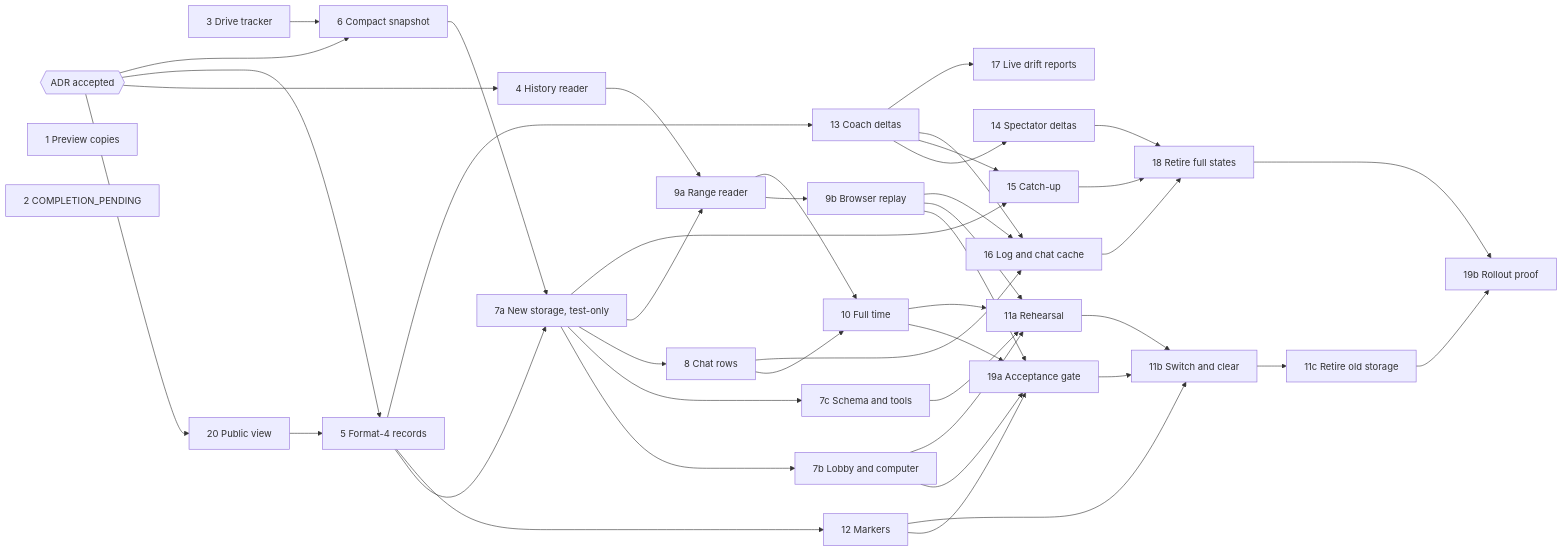
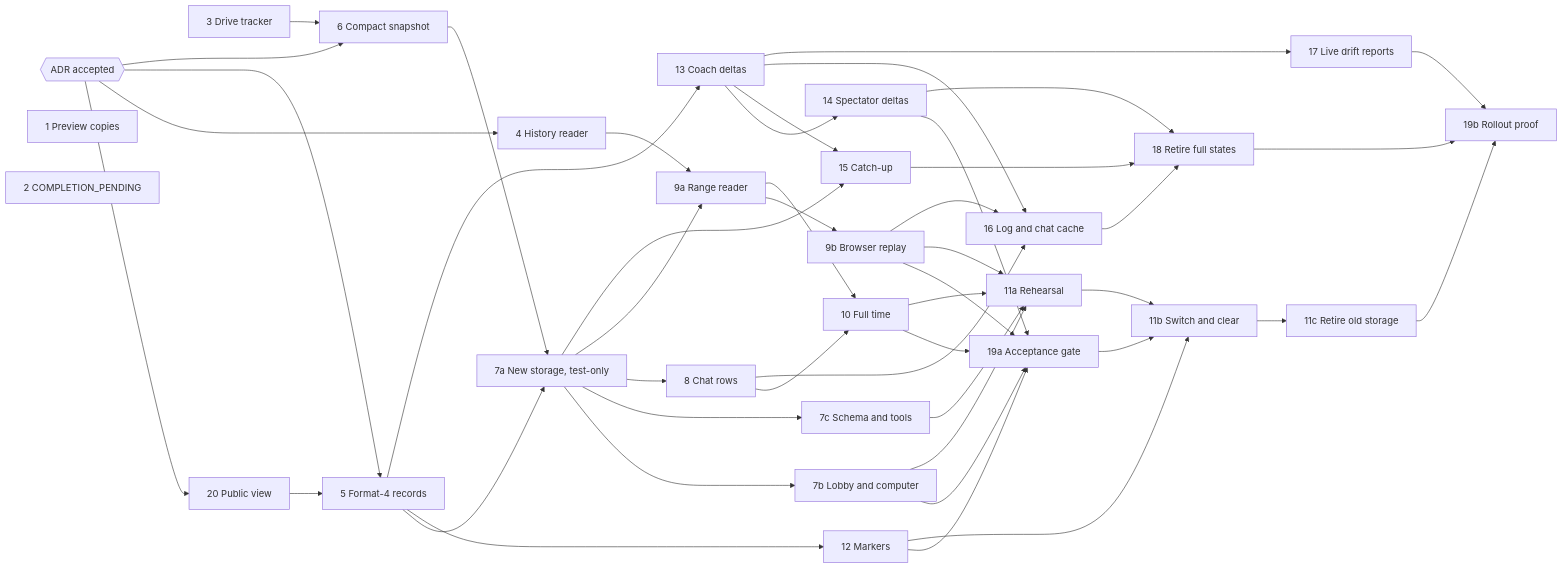
The diagram in docs/specs/match-state-sync-tickets.md (the-grognard-codes/moles-under-the-pitch), drawn with Mermaid before and after one commit. The commit also changed other lines of this file and 2 other files, not shown here.

````diff
--- a/docs/specs/match-state-sync-tickets.md
+++ b/docs/specs/match-state-sync-tickets.md
@@ -57,49 +57,51 @@
 ```mermaid
 flowchart LR
   ADR{{ADR accepted}}
   T1[1 Preview copies]
   T2[2 COMPLETION_PENDING]
   T3[3 Drive tracker]
   ADR --> T20[20 Public view]
   ADR --> T4[4 History reader]
   ADR --> T5[5 Format-4 records]
   T20 --> T5
   ADR --> T6[6 Compact snapshot]
   T3 --> T6
   T5 --> T7a[7a New storage, test-only]
   T6 --> T7a
   T7a --> T7b[7b Lobby and computer]
   T7a --> T7c[7c Schema and tools]
   T7a --> T8[8 Chat rows]
   T4 --> T9a[9a Range reader]
   T7a --> T9a
   T9a --> T9b[9b Browser replay]
   T8 --> T10[10 Full time]
   T9a --> T10
   T5 --> T12[12 Markers]
   T7b --> T19a[19a Acceptance gate]
+  T14 --> T19a
   T9b --> T19a
   T10 --> T19a
   T12 --> T19a
   T7c --> T11a[11a Rehearsal]
   T9b --> T11a
   T10 --> T11a
   T7b --> T11a
   T11a --> T11b[11b Switch and clear]
   T12 --> T11b
   T19a --> T11b
   T11b --> T11c[11c Retire old storage]
   T5 --> T13[13 Coach deltas]
   T13 --> T14[14 Spectator deltas]
   T7a --> T15[15 Catch-up]
   T13 --> T15
   T8 --> T16[16 Log and chat cache]
   T9b --> T16
   T13 --> T16
   T13 --> T17[17 Live drift reports]
   T14 --> T18[18 Retire full states]
   T15 --> T18
   T16 --> T18
   T11c --> T19b[19b Rollout proof]
   T18 --> T19b
+  T17 --> T19b
 ```
````
